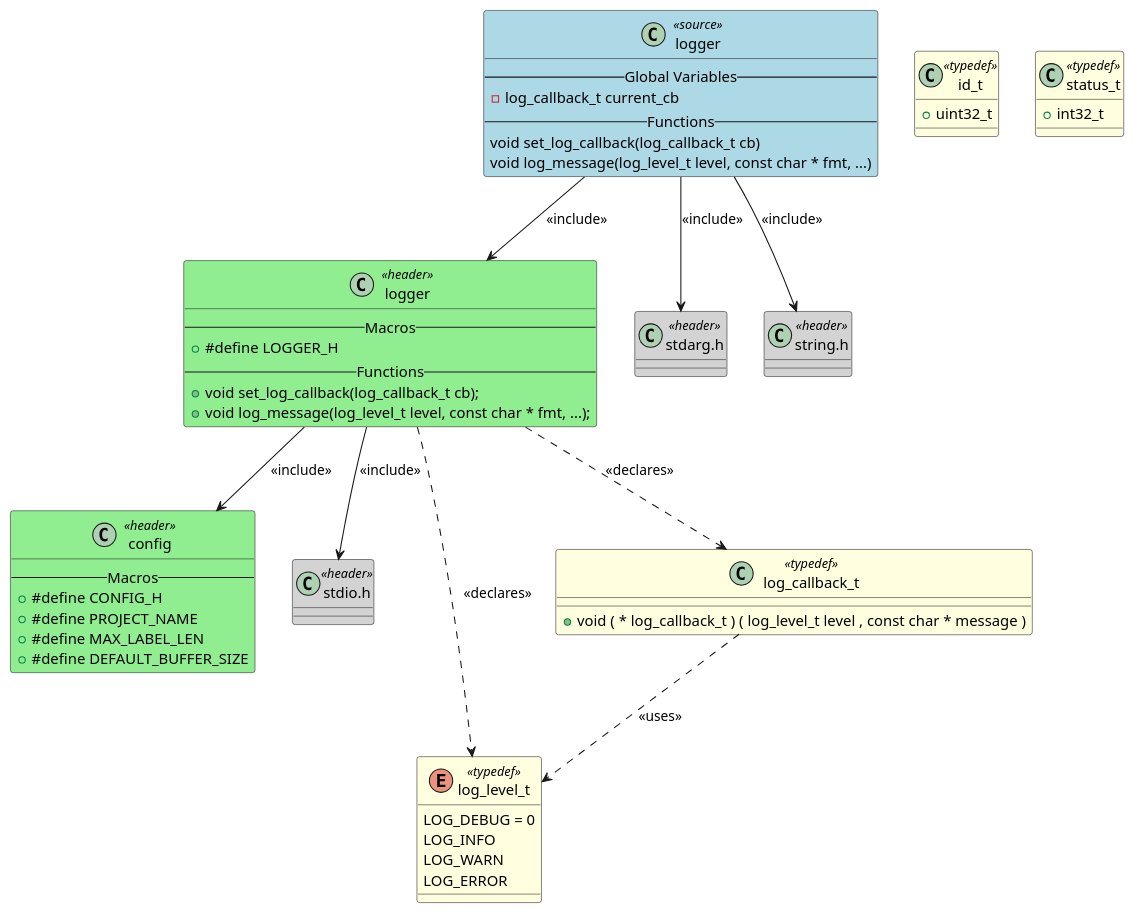
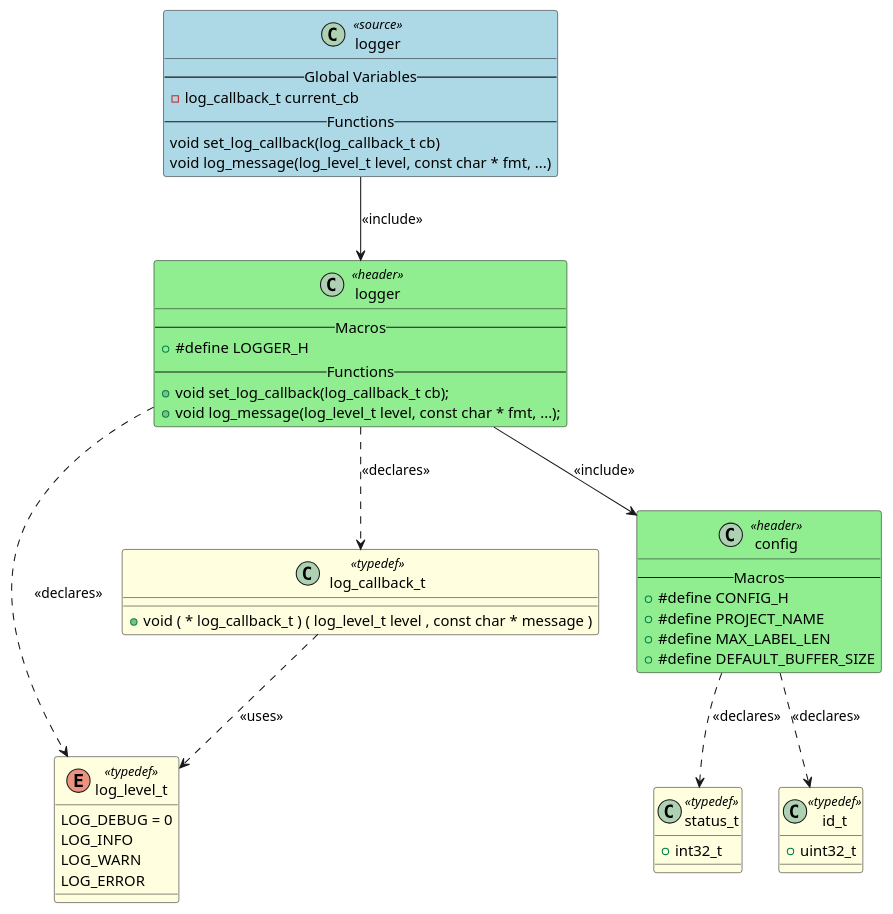
The diagram in output/logger.puml (fischerjooo/c2puml), drawn with PlantUML before and after one commit. The commit also changed 13 other files, not shown here.

```diff
--- a/output/logger.puml
+++ b/output/logger.puml
@@ -1,72 +1,59 @@
 @startuml logger
 
 class "logger" as LOGGER <<source>> #LightBlue
 {
 -- Global Variables --
 - log_callback_t current_cb
 -- Functions --
 void set_log_callback(log_callback_t cb)
 void log_message(log_level_t level, const char * fmt, ...)
 }
 
+enum "log_level_t" as TYPEDEF_LOG_LEVEL_T <<typedef>> #LightYellow
+{
+LOG_DEBUG = 0
+LOG_INFO
+LOG_WARN
+LOG_ERROR
+}
+
+class "log_callback_t" as TYPEDEF_LOG_CALLBACK_T <<typedef>> #LightYellow
+{
++ void ( * log_callback_t ) ( log_level_t level , const char * message )
+}
+
+class "status_t" as TYPEDEF_STATUS_T <<typedef>> #LightYellow
+{
++ int32_t
+}
+
+class "id_t" as TYPEDEF_ID_T <<typedef>> #LightYellow
+{
++ uint32_t
+}
+
 class "logger" as HEADER_LOGGER <<header>> #LightGreen
 {
 -- Macros --
 + #define LOGGER_H
 -- Functions --
 + void set_log_callback(log_callback_t cb);
 + void log_message(log_level_t level, const char * fmt, ...);
 }
-class "stdarg.h" as HEADER_STDARG <<header>> #LightGray
-{
-}
-
-class "string.h" as HEADER_STRING <<header>> #LightGray
-{
-}
-
 class "config" as HEADER_CONFIG <<header>> #LightGreen
 {
 -- Macros --
 + #define CONFIG_H
 + #define PROJECT_NAME
 + #define MAX_LABEL_LEN
 + #define DEFAULT_BUFFER_SIZE
 }
-class "stdio.h" as HEADER_STDIO <<header>> #LightGray
-{
-}
-
-enum "log_level_t" as TYPEDEF_log_level_t <<typedef>> #LightYellow
-{
-LOG_DEBUG = 0
-LOG_INFO
-LOG_WARN
-LOG_ERROR
-}
-
-class "log_callback_t" as TYPEDEF_log_callback_t <<typedef>> #LightYellow
-{
-+ void ( * log_callback_t ) ( log_level_t level , const char * message )
-}
-
-class "id_t" as TYPEDEF_id_t <<typedef>> #LightYellow
-{
-+ uint32_t
-}
-
-class "status_t" as TYPEDEF_status_t <<typedef>> #LightYellow
-{
-+ int32_t
-}
-
 LOGGER --> HEADER_LOGGER : <<include>>
-LOGGER --> HEADER_STDARG : <<include>>
-LOGGER --> HEADER_STRING : <<include>>
-HEADER_LOGGER --> HEADER_STDIO : <<include>>
 HEADER_LOGGER --> HEADER_CONFIG : <<include>>
-HEADER_LOGGER ..> TYPEDEF_log_level_t : <<declares>>
-TYPEDEF_log_callback_t ..> TYPEDEF_log_level_t : <<uses>>
-HEADER_LOGGER ..> TYPEDEF_log_callback_t : <<declares>>
+HEADER_LOGGER ..> TYPEDEF_LOG_LEVEL_T : <<declares>>
+TYPEDEF_LOG_CALLBACK_T ..> TYPEDEF_LOG_LEVEL_T : <<uses>>
+HEADER_LOGGER ..> TYPEDEF_LOG_CALLBACK_T : <<declares>>
+HEADER_CONFIG ..> TYPEDEF_ID_T : <<declares>>
+HEADER_CONFIG ..> TYPEDEF_STATUS_T : <<declares>>
 
 @enduml
```
